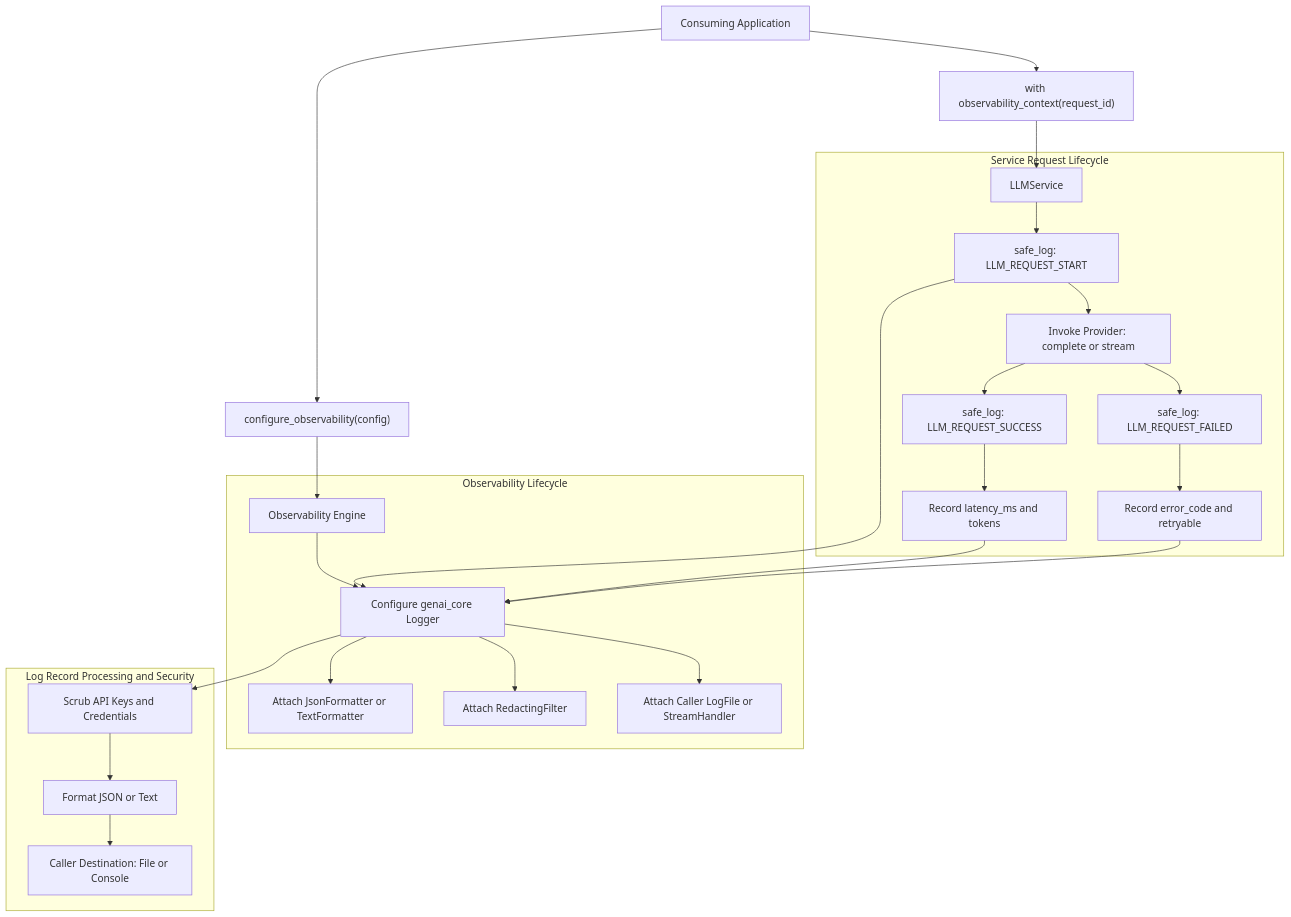
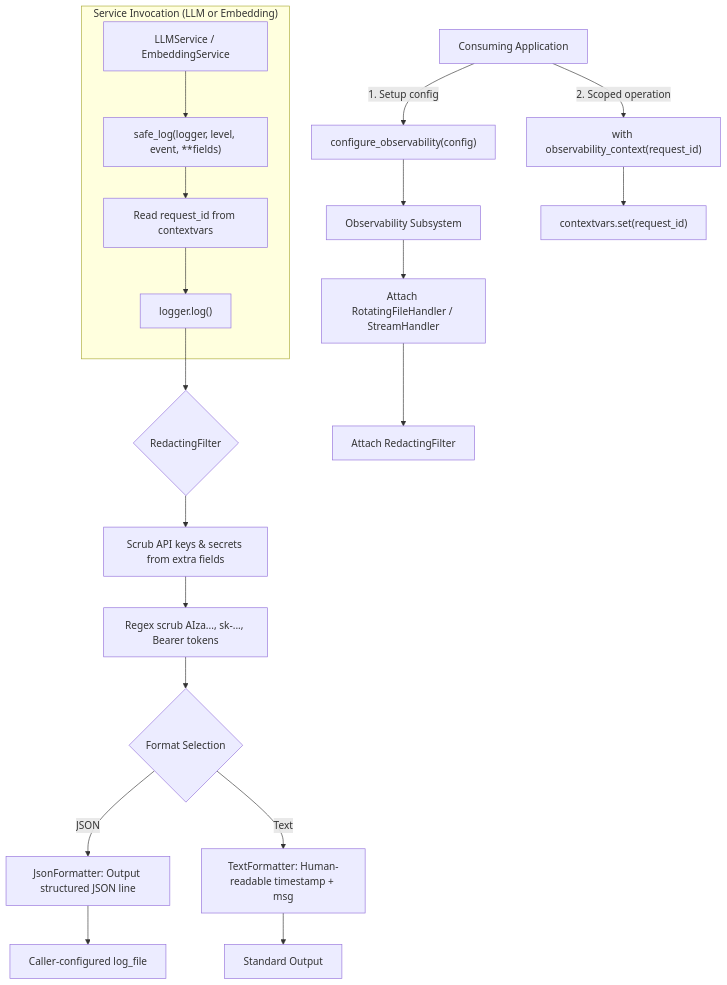
One commit to harshilkatharva/genai-engineer-journey changed the third of 5 diagrams in packages/genai-core/docs/FLOW.md. Above: the diagram before and after it, drawn with Mermaid. The commit also changed other lines of this file and 28 other files, not shown here.

Commit message:
feat: add embedding service with rate limiting, retry resilience, and multi-provider support

````diff
--- a/packages/genai-core/docs/FLOW.md
+++ b/packages/genai-core/docs/FLOW.md
@@ -179,39 +159,33 @@
 ```mermaid
 flowchart TD
     Caller["Consuming Application"]
     ConfigureCall["configure_observability(config)"]
     ContextCall["with observability_context(request_id)"]
-    ObsConfig["Observability Engine"]
-    LLMService["LLMService"]
+    ObsEngine["Observability Subsystem"]
 
-    Caller --> ConfigureCall
-    ConfigureCall --> ObsConfig
-    Caller --> ContextCall
-    ContextCall --> LLMService
+    Caller -->|1. Setup config| ConfigureCall
+    ConfigureCall --> ObsEngine
+    ObsEngine --> InitHandlers["Attach RotatingFileHandler / StreamHandler"]
+    InitHandlers --> AttachRedactor["Attach RedactingFilter"]
 
-    subgraph ObservabilityLifecycle["Observability Lifecycle"]
-        ObsConfig --> ConfigLogger["Configure genai_core Logger"]
-        ConfigLogger --> AttachFormatter["Attach JsonFormatter or TextFormatter"]
-        ConfigLogger --> AttachRedactor["Attach RedactingFilter"]
-        ConfigLogger --> AttachHandler["Attach Caller LogFile or StreamHandler"]
+    Caller -->|2. Scoped operation| ContextCall
+    ContextCall --> SetVar["contextvars.set(request_id)"]
+
+    subgraph ServiceLogging ["Service Invocation (LLM or Embedding)"]
+        Service["LLMService / EmbeddingService"]
+        Service --> SafeLog["safe_log(logger, level, event, **fields)"]
+        SafeLog --> ExtractCtx["Read request_id from contextvars"]
+        ExtractCtx --> EmitRecord["logger.log()"]
     end
 
-    subgraph ServiceRequestLifecycle["Service Request Lifecycle"]
-        LLMService --> RequestStart["safe_log: LLM_REQUEST_START"]
-        RequestStart --> ProviderExec["Invoke Provider: complete or stream"]
-        ProviderExec --> Success["safe_log: LLM_REQUEST_SUCCESS"]
-        Success --> SuccessDetails["Record latency_ms and tokens"]
-        ProviderExec --> Failure["safe_log: LLM_REQUEST_FAILED"]
-        Failure --> FailureDetails["Record error_code and retryable"]
-    end
+    EmitRecord --> FilterPass{"RedactingFilter"}
+    FilterPass --> ScrubDict["Scrub API keys & secrets from extra fields"]
+    ScrubDict --> ScrubMsg["Regex scrub AIza..., sk-..., Bearer tokens"]
+    ScrubMsg --> FormatterChoice{"Format Selection"}
 
-    subgraph LogProcessingSecurity["Log Record Processing and Security"]
-        ConfigLogger --> RedactingFilter["Scrub API Keys and Credentials"]
-        RedactingFilter --> Formatter["Format JSON or Text"]
-        Formatter --> Destination["Caller Destination: File or Console"]
-    end
+    FormatterChoice -->|JSON| JsonFmt["JsonFormatter: Output structured JSON line"]
+    FormatterChoice -->|Text| TextFmt["TextFormatter: Human-readable timestamp + msg"]
 
-    RequestStart --> ConfigLogger
-    SuccessDetails --> ConfigLogger
-    FailureDetails --> ConfigLogger
+    JsonFmt --> TargetFile["Caller-configured log_file"]
+    TextFmt --> TargetConsole["Standard Output"]
 ```
````
